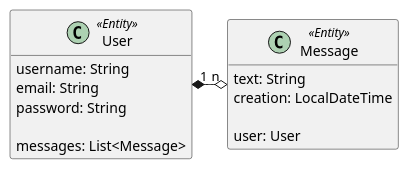
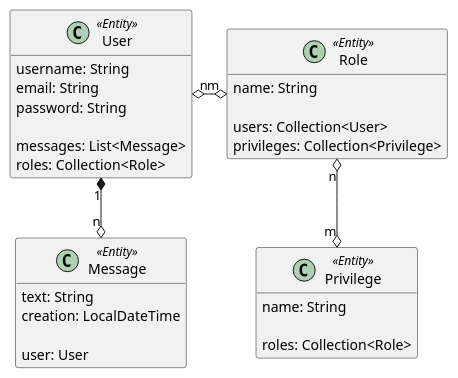
One commit to ThomasBoigner/sj2223-5bhif-scientific-paper changed the diagram in src/puml/domain.puml. Above: the diagram before and after it, drawn with PlantUML. The commit also changed 26 other files, not shown here.

```diff
--- a/src/puml/domain.puml
+++ b/src/puml/domain.puml
@@ -1,21 +1,37 @@
 @startuml
 hide methods
 
 class User <<Entity>> {
     username: String
     email: String
     password: String
 
     messages: List<Message>
+    roles: Collection<Role>
 }
 
 class Message<<Entity>>{
     text: String
     creation: LocalDateTime
 
     user: User
 }
 
-User "1" *-o "n" Message
+class Role<<Entity>>{
+    name: String
+
+    users: Collection<User>
+    privileges: Collection<Privilege>
+}
+
+class Privilege<<Entity>>{
+    name: String
+
+    roles: Collection<Role>
+}
+
+User "1" *-down-o "n" Message
+User "n" o-o "m" Role
+Role "n" o-down-o "m" Privilege
 
 @enduml
```
